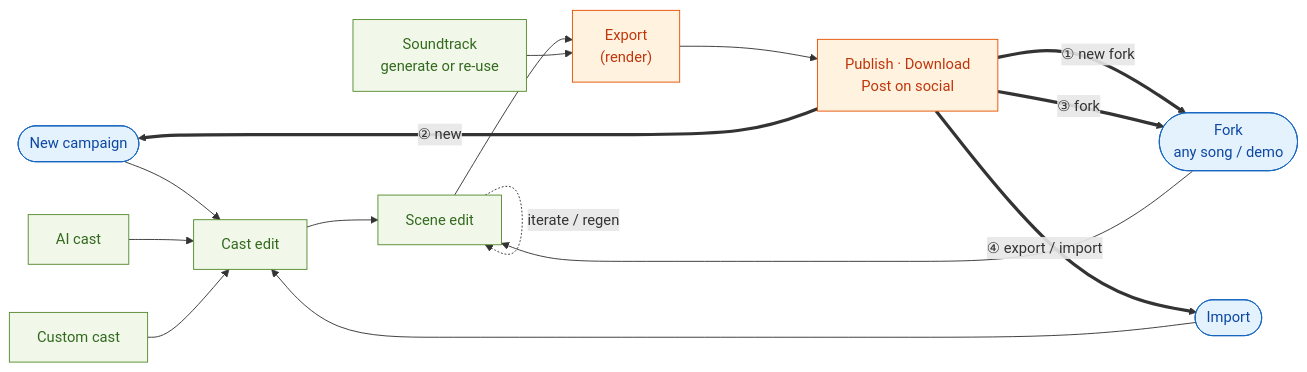
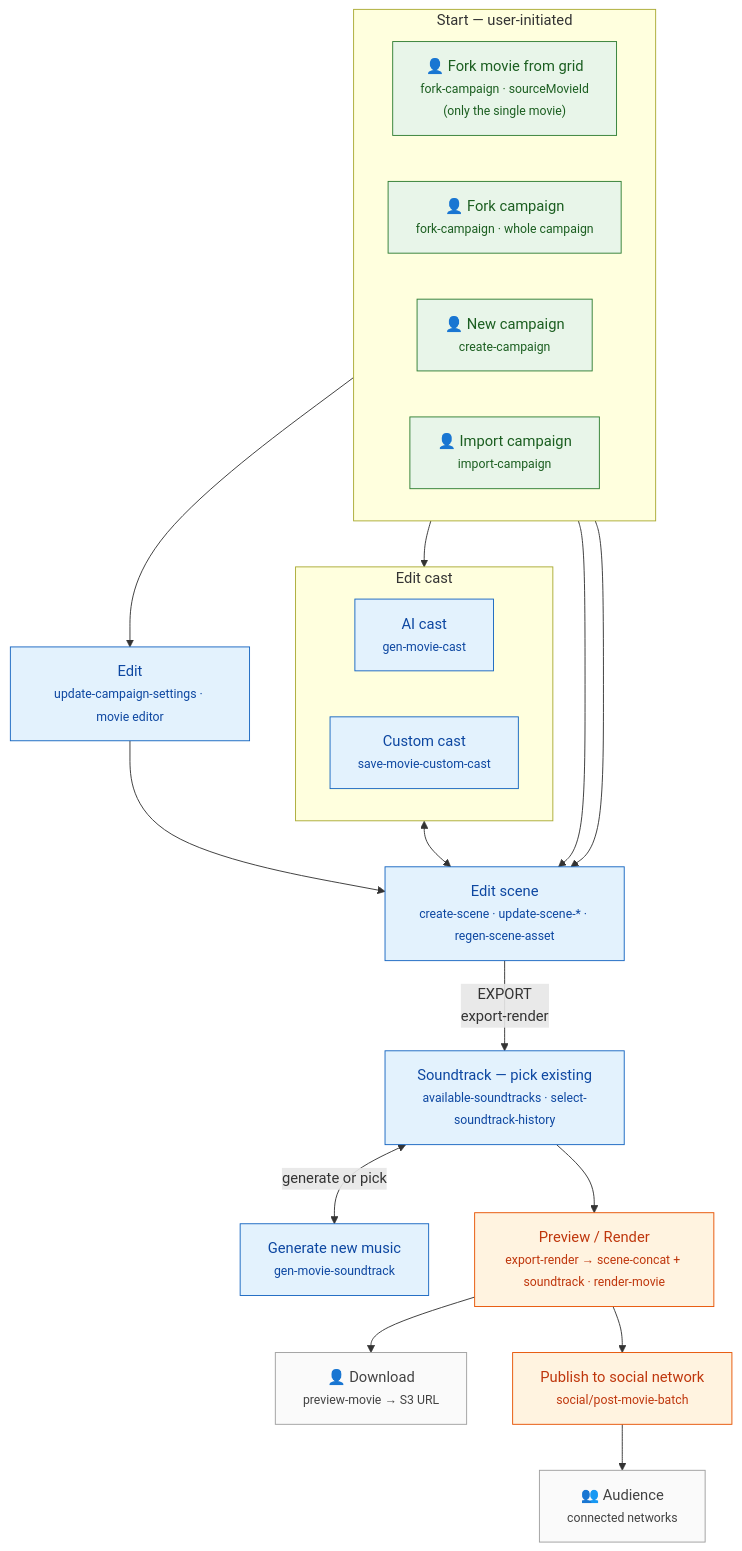
The diagram in docs/workflows.md (dan-nighthawk/cookbook), drawn with Mermaid before and after one commit. The commit also changed other lines of this file, not shown here.

Commit message:
docs: rebuild workflow diagram from sketch + API routes
Replace the workflow flowchart with one matching the design sketch and grounded
in the actual API: four user-initiated entry points (fork movie / fork campaign /
new campaign / import campaign), cast/scene authoring with the Edit cast ⇄ Edit
scene loop, then Export → Soundtrack (pick or generate) → Preview/Render →
Download / Publish to social. Each stage is annotated with its WorkflowController
/ SocialController route, plus a stage→route reference table.

````diff
--- a/docs/workflows.md
+++ b/docs/workflows.md
@@ -12,39 +10,47 @@
 ```mermaid
-flowchart LR
-    classDef entry fill:#e3f2fd,stroke:#1565c0,color:#0d47a1;
-    classDef build fill:#f1f8e9,stroke:#558b2f,color:#33691e;
-    classDef out fill:#fff3e0,stroke:#e65100,color:#bf360c;
+flowchart TB
+    classDef entry fill:#e8f5e9,stroke:#2e7d32,color:#1b5e20;
+    classDef edit  fill:#e3f2fd,stroke:#1565c0,color:#0d47a1;
+    classDef out   fill:#fff3e0,stroke:#e65100,color:#bf360c;
+    classDef human fill:#fafafa,stroke:#9e9e9e,color:#424242;
 
-    %% ---- Entry points ----
-    NC(["New campaign"]):::entry
-    IM(["Import"]):::entry
-    FK(["Fork<br/>any song / demo"]):::entry
+    %% ---------- Start: four user-initiated entry points ----------
+    subgraph START["Start — user-initiated"]
+      direction LR
+      FMG["👤 Fork movie from grid<br/><small>fork-campaign · sourceMovieId<br/>(only the single movie)</small>"]:::entry
+      FC["👤 Fork campaign<br/><small>fork-campaign · whole campaign</small>"]:::entry
+      NC["👤 New campaign<br/><small>create-campaign</small>"]:::entry
+      IC["👤 Import campaign<br/><small>import-campaign</small>"]:::entry
+    end
 
-    %% ---- Build: cast then scenes ----
-    AIC["AI cast"]:::build
-    CC["Custom cast"]:::build
-    CE["Cast edit"]:::build
-    SE["Scene edit"]:::build
-    ST["Soundtrack<br/>generate or re-use"]:::build
+    %% ---------- Authoring ----------
+    subgraph CAST["Edit cast"]
+      direction LR
+      AIC["AI cast<br/><small>gen-movie-cast</small>"]:::edit
+      CC["Custom cast<br/><small>save-movie-custom-cast</small>"]:::edit
+    end
+    ED["Edit<br/><small>update-campaign-settings · movie editor</small>"]:::edit
+    ES["Edit scene<br/><small>create-scene · update-scene-* · regen-scene-asset</small>"]:::edit
 
-    %% ---- Output ----
-    EX["Export<br/>(render)"]:::out
-    PUB["Publish · Download<br/>Post on social"]:::out
+    NC --> CAST
+    IC --> ED
+    FMG --> ES
+    FC --> ES
+    CAST <--> ES
+    ED --> ES
 
-    NC --> CE
-    IM --> CE
-    FK --> SE
-    AIC --> CE
-    CC --> CE
-    CE --> SE
-    SE -.->|"iterate / regen"| SE
-    SE --> EX
-    ST --> EX
-    EX --> PUB
+    %% ---------- Soundtrack, render, distribute ----------
+    ST["Soundtrack — pick existing<br/><small>available-soundtracks · select-soundtrack-history</small>"]:::edit
+    GM["Generate new music<br/><small>gen-movie-soundtrack</small>"]:::edit
+    PR["Preview / Render<br/><small>export-render → scene-concat + soundtrack · render-movie</small>"]:::out
+    DL["👤 Download<br/><small>preview-movie → S3 URL</small>"]:::human
+    PUB["Publish to social network<br/><small>social/post-movie-batch</small>"]:::out
+    AUD["👥 Audience<br/><small>connected networks</small>"]:::human
 
-    %% ---- Use cases: re-enter from a finished movie ----
-    PUB ==>|"① new fork"| FK
-    PUB ==>|"② new"| NC
-    PUB ==>|"③ fork"| FK
-    PUB ==>|"④ export / import"| IM
+    ES -->|EXPORT<br/>export-render| ST
+    ST <-->|generate or pick| GM
+    ST --> PR
+    PR --> DL
+    PR --> PUB
+    PUB --> AUD
 ```
````
